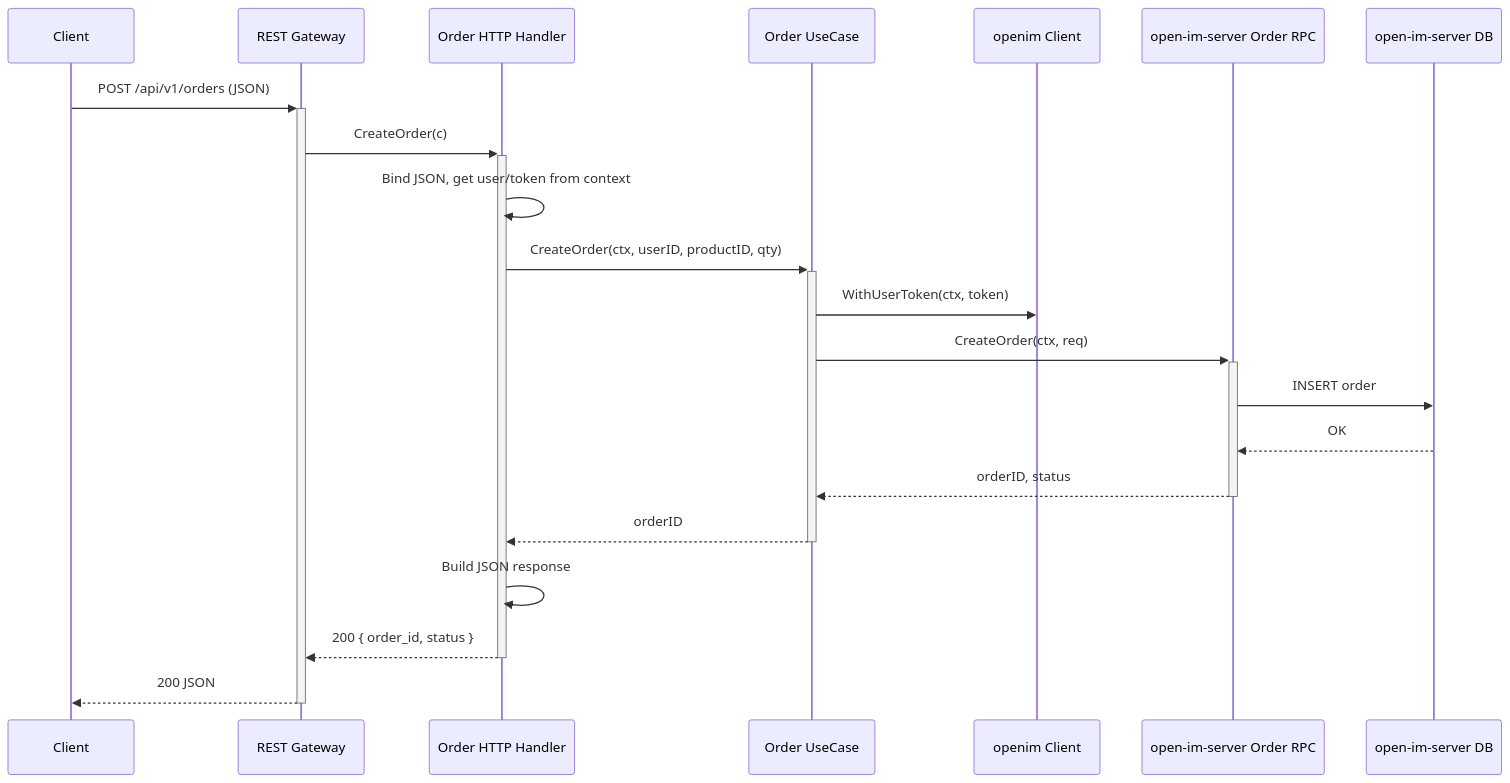
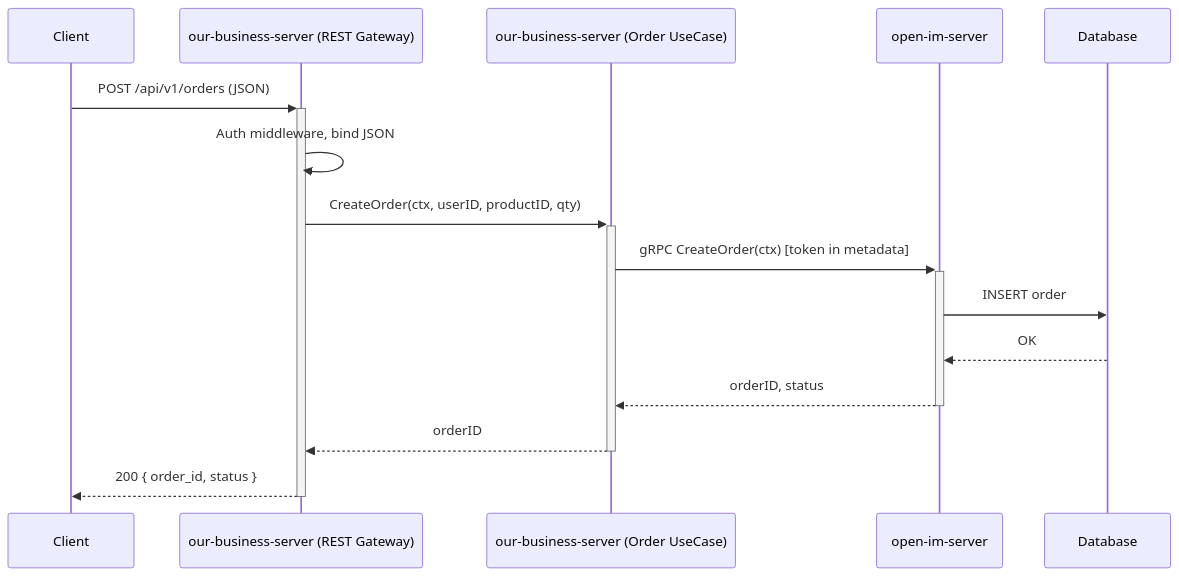
Before and after one commit to Personal-OpenIM/open-im-dev-doc: the second of 2 diagrams in integration-v2/BUSINESS_SERVER_DEVELOPER_GUIDE.md, drawn with Mermaid. The commit also changed other lines of this file, not shown here.

````diff
--- a/integration-v2/BUSINESS_SERVER_DEVELOPER_GUIDE.md
+++ b/integration-v2/BUSINESS_SERVER_DEVELOPER_GUIDE.md
@@ -1092,24 +1081,18 @@
 ```mermaid
 sequenceDiagram
     participant Client
-    participant REST as REST Gateway
-    participant OrderHandler as Order HTTP Handler
-    participant OrderUC as Order UseCase
-    participant OpenIMClient as openim Client
-    participant OpenIMOrder as open-im-server Order RPC
-    participant OpenIMDB as open-im-server DB
+    participant BizGateway as our-business-server (REST Gateway)
+    participant BizService as our-business-server (Order UseCase)
+    participant OpenIM as open-im-server
+    participant DB as Database
 
-    Client->>+REST: POST /api/v1/orders (JSON)
-    REST->>+OrderHandler: CreateOrder(c)
-    OrderHandler->>OrderHandler: Bind JSON, get user/token from context
-    OrderHandler->>+OrderUC: CreateOrder(ctx, userID, productID, qty)
-    OrderUC->>OpenIMClient: WithUserToken(ctx, token)
-    OrderUC->>+OpenIMOrder: CreateOrder(ctx, req)
-    OpenIMOrder->>OpenIMDB: INSERT order
-    OpenIMDB-->>OpenIMOrder: OK
-    OpenIMOrder-->>-OrderUC: orderID, status
-    OrderUC-->>-OrderHandler: orderID
-    OrderHandler->>OrderHandler: Build JSON response
-    OrderHandler-->>-REST: 200 { order_id, status }
-    REST-->>-Client: 200 JSON
+    Client->>+BizGateway: POST /api/v1/orders (JSON)
+    BizGateway->>BizGateway: Auth middleware, bind JSON
+    BizGateway->>+BizService: CreateOrder(ctx, userID, productID, qty)
+    BizService->>+OpenIM: gRPC CreateOrder(ctx) [token in metadata]
+    OpenIM->>DB: INSERT order
+    DB-->>OpenIM: OK
+    OpenIM-->>-BizService: orderID, status
+    BizService-->>-BizGateway: orderID
+    BizGateway-->>-Client: 200 { order_id, status }
 ```
````
